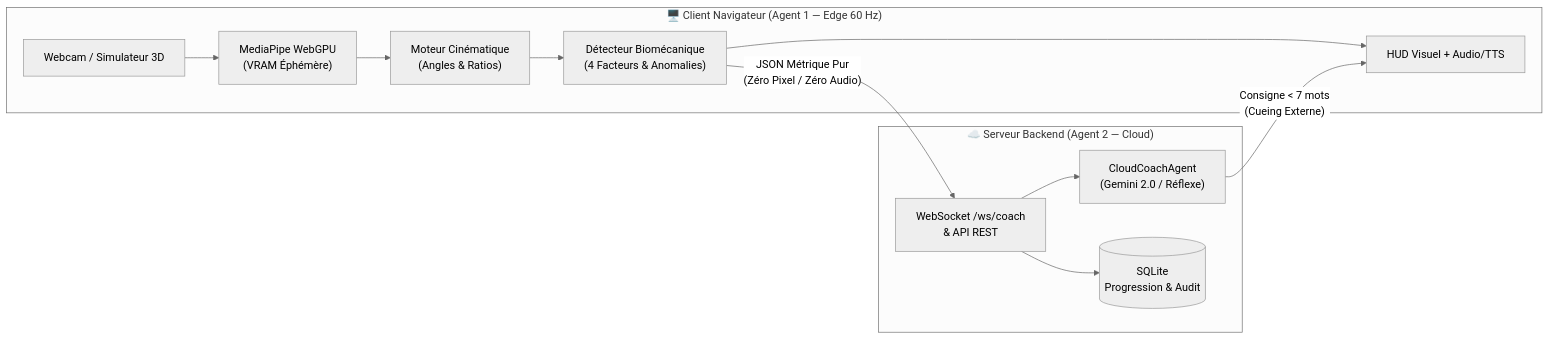
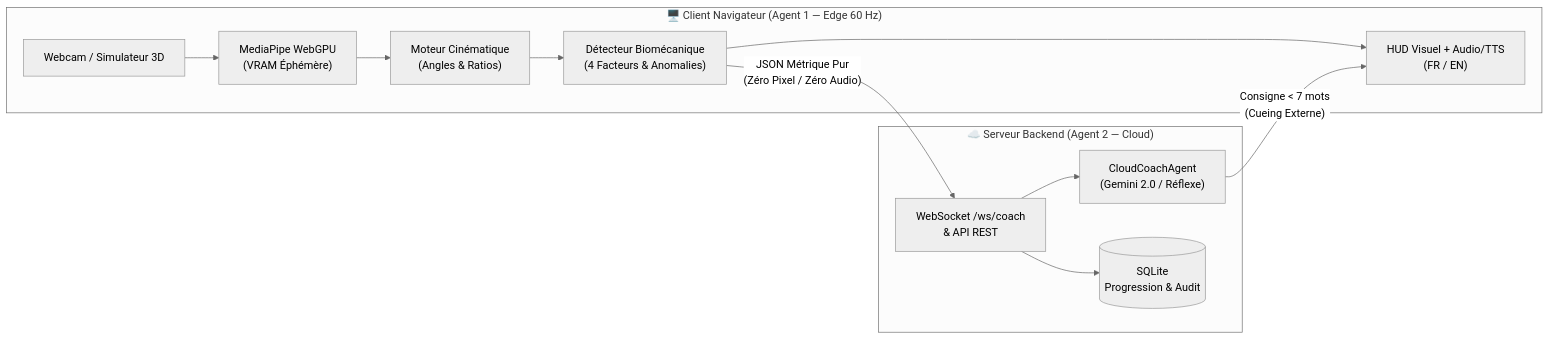
The diagram in README.md (IAlexy/edge-live-coach), drawn with Mermaid (neutral theme) before and after one commit. The commit also changed other lines of this file and 14 other files, not shown here.

````diff
--- a/README.md
+++ b/README.md
@@ -31,17 +34,17 @@
 ```mermaid
 flowchart LR
   subgraph Edge["🖥️ Client Navigateur (Agent 1 — Edge 60 Hz)"]
     Cam["Webcam / Simulateur 3D"] --> MP["MediaPipe WebGPU\n(VRAM Éphémère)"]
     MP --> Kin["Moteur Cinématique\n(Angles & Ratios)"]
     Kin --> Det["Détecteur Biomécanique\n(4 Facteurs & Anomalies)"]
-    Det --> HUD["HUD Visuel + Audio/TTS"]
+    Det --> HUD["HUD Visuel + Audio/TTS\n(FR / EN)"]
   end
 
   subgraph Cloud["☁️ Serveur Backend (Agent 2 — Cloud)"]
     WS["WebSocket /ws/coach\n& API REST"] --> LLM["CloudCoachAgent\n(Gemini 2.0 / Réflexe)"]
     WS --> DB[("SQLite\nProgression & Audit")]
   end
 
   Det -- "JSON Métrique Pur\n(Zéro Pixel / Zéro Audio)" --> WS
   LLM -- "Consigne < 7 mots\n(Cueing Externe)" --> HUD
 ```
````
